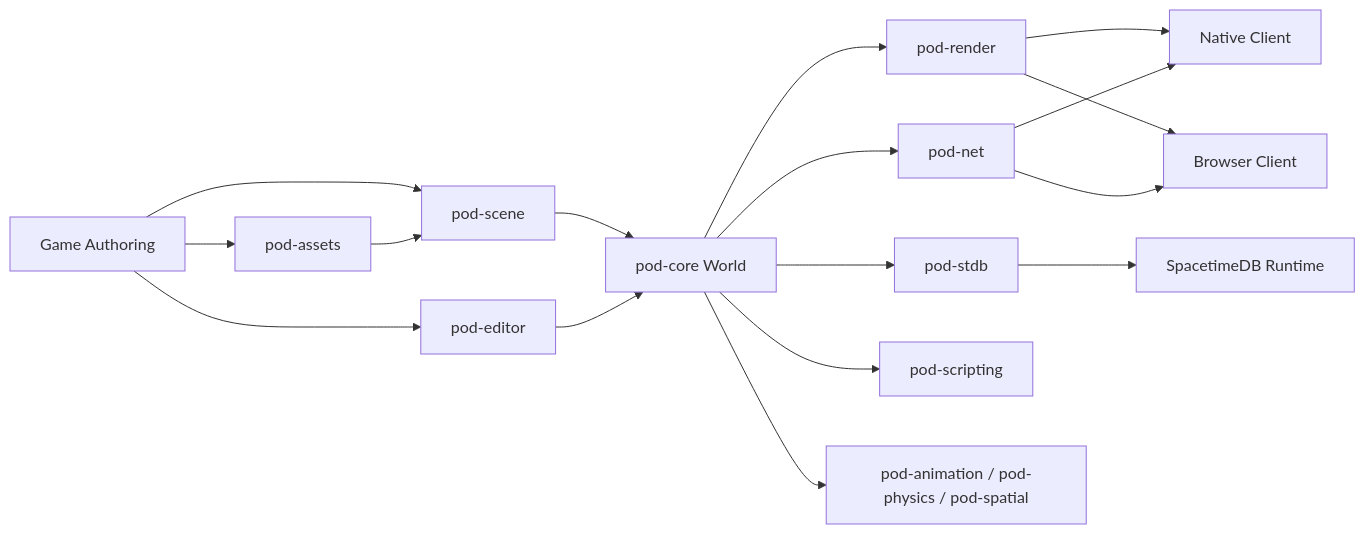
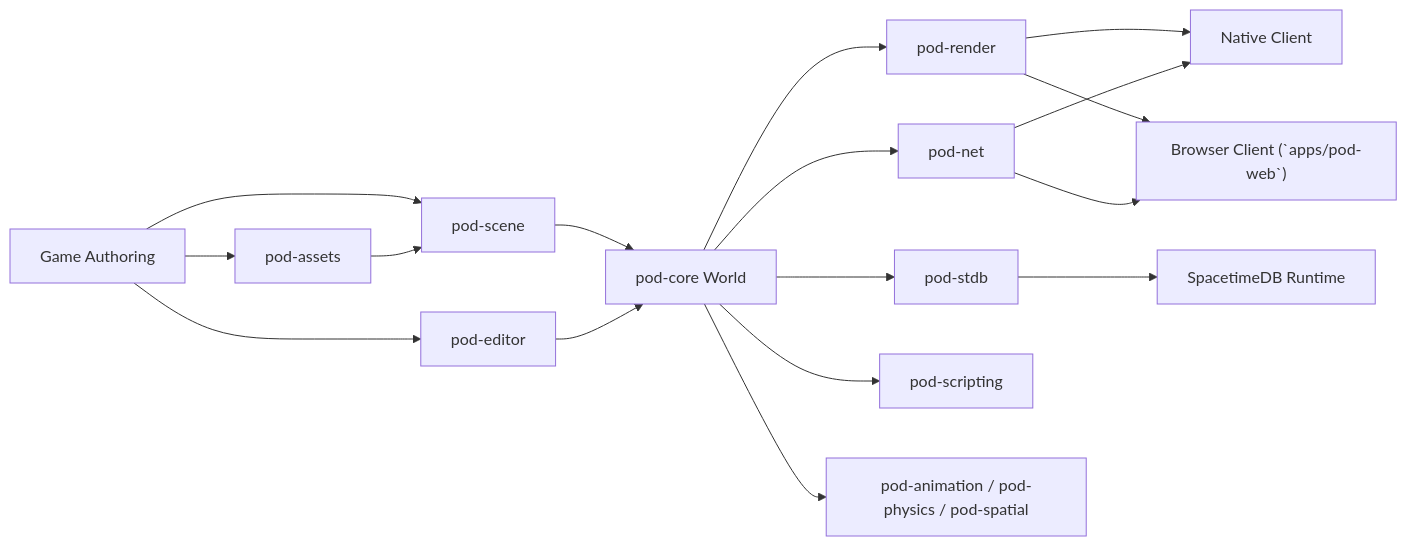
The diagram in docs/architecture.md (Dexploarer/prompt-or-die), drawn with Mermaid before and after one commit. The commit also changed other lines of this file and 17 other files, not shown here.

Commit message:
Add pod-web Three.js WebGPU client

````diff
--- a/docs/architecture.md
+++ b/docs/architecture.md
@@ -15,19 +15,19 @@
 ```mermaid
 flowchart LR
     A["Game Authoring"] --> B["pod-editor"]
     A --> C["pod-assets"]
     A --> D["pod-scene"]
     D --> E["pod-core World"]
     B --> E
     C --> D
     E --> F["pod-render"]
     E --> G["pod-net"]
     E --> H["pod-stdb"]
     E --> I["pod-scripting"]
     E --> J["pod-animation / pod-physics / pod-spatial"]
     F --> K["Native Client"]
-    F --> L["Browser Client"]
+    F --> L["Browser Client (`apps/pod-web`)"]
     G --> K
     G --> L
     H --> M["SpacetimeDB Runtime"]
 ```
````
